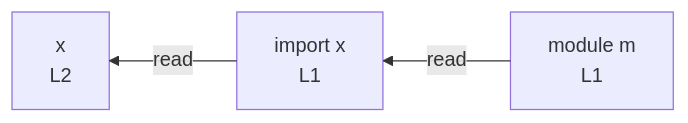
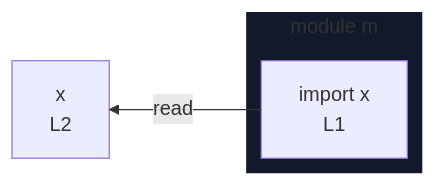
Before and after one commit to crescware/unsnarl: the diagram in integration/fixtures/imports/named-mjs/preview.md, drawn with Mermaid. The commit also changed 153 other files, not shown here.

First line of the commit message:
Render import sources as module subgraphs instead of module nodes

````diff
--- a/integration/fixtures/imports/named-mjs/preview.md
+++ b/integration/fixtures/imports/named-mjs/preview.md
@@ -12,9 +12,12 @@
 ```mermaid
 %%{init: {"flowchart": {"defaultRenderer": "elk"}}}%%
 flowchart RL
-  n_scope_0_x_9["import x<br/>L1"]
+  subgraph sg_m["module m"]
+    direction RL
+    n_scope_0_x_9["import x<br/>L1"]
+  end
   n_scope_0_x_9 -->|read| expr_stmt_23
   expr_stmt_23["x<br/>L2"]
-  mod_m["module m<br/>L1"]
-  mod_m -->|read| n_scope_0_x_9
+  classDef nestL1 fill:#11192a,stroke:transparent;
+  class sg_m nestL1;
 ```
````
